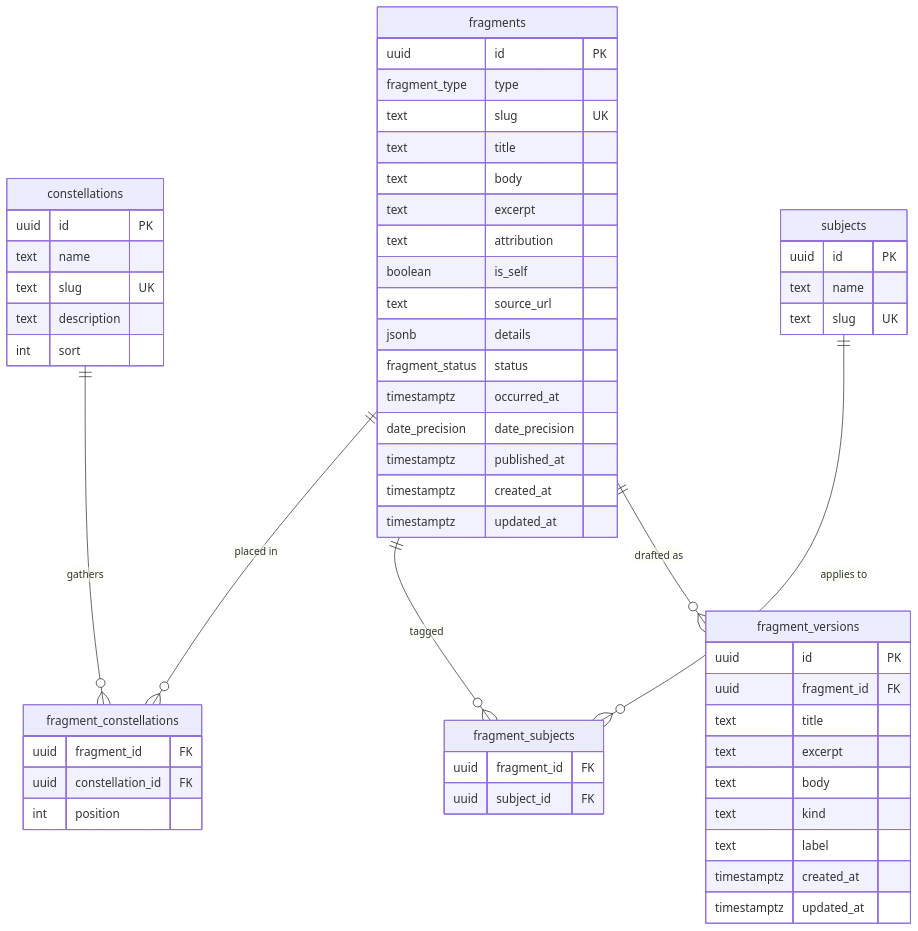
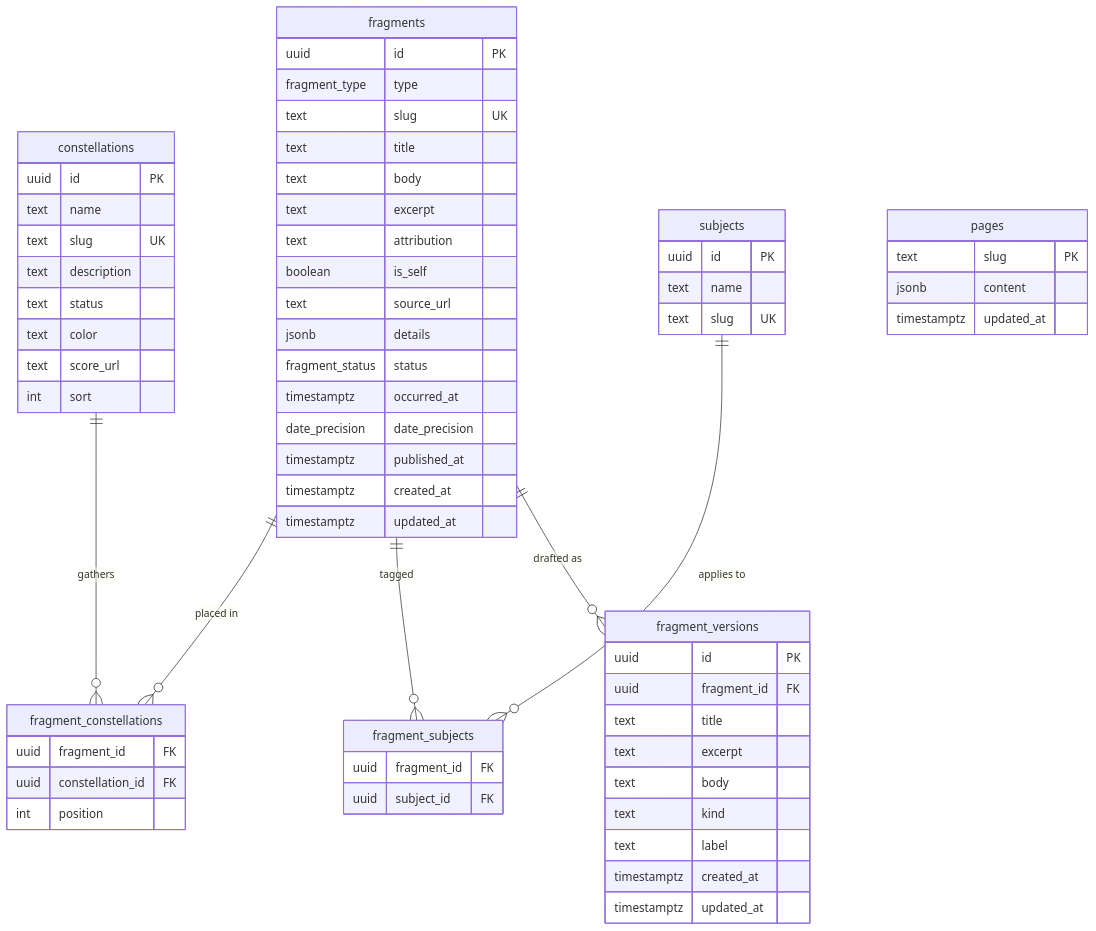
The diagram in docs/data-model.md (michaelchen412/it-only-happens-once), drawn with Mermaid before and after one commit. The commit also changed other lines of this file, not shown here.

````diff
--- a/docs/data-model.md
+++ b/docs/data-model.md
@@ -18,59 +18,67 @@
 ```mermaid
 erDiagram
   fragments ||--o{ fragment_constellations : "placed in"
   constellations ||--o{ fragment_constellations : "gathers"
   fragments ||--o{ fragment_subjects : "tagged"
   subjects ||--o{ fragment_subjects : "applies to"
   fragments ||--o{ fragment_versions : "drafted as"
 
   fragments {
     uuid id PK
     fragment_type type
     text slug UK
     text title
     text body
     text excerpt
     text attribution
     boolean is_self
     text source_url
     jsonb details
     fragment_status status
     timestamptz occurred_at
     date_precision date_precision
     timestamptz published_at
     timestamptz created_at
     timestamptz updated_at
   }
   constellations {
     uuid id PK
     text name
     text slug UK
     text description
+    text status
+    text color
+    text score_url
     int sort
+  }
+  pages {
+    text slug PK
+    jsonb content
+    timestamptz updated_at
   }
   fragment_constellations {
     uuid fragment_id FK
     uuid constellation_id FK
     int position
   }
   subjects {
     uuid id PK
     text name
     text slug UK
   }
   fragment_subjects {
     uuid fragment_id FK
     uuid subject_id FK
   }
   fragment_versions {
     uuid id PK
     uuid fragment_id FK
     text title
     text excerpt
     text body
     text kind
     text label
     timestamptz created_at
     timestamptz updated_at
   }
 ```
````
